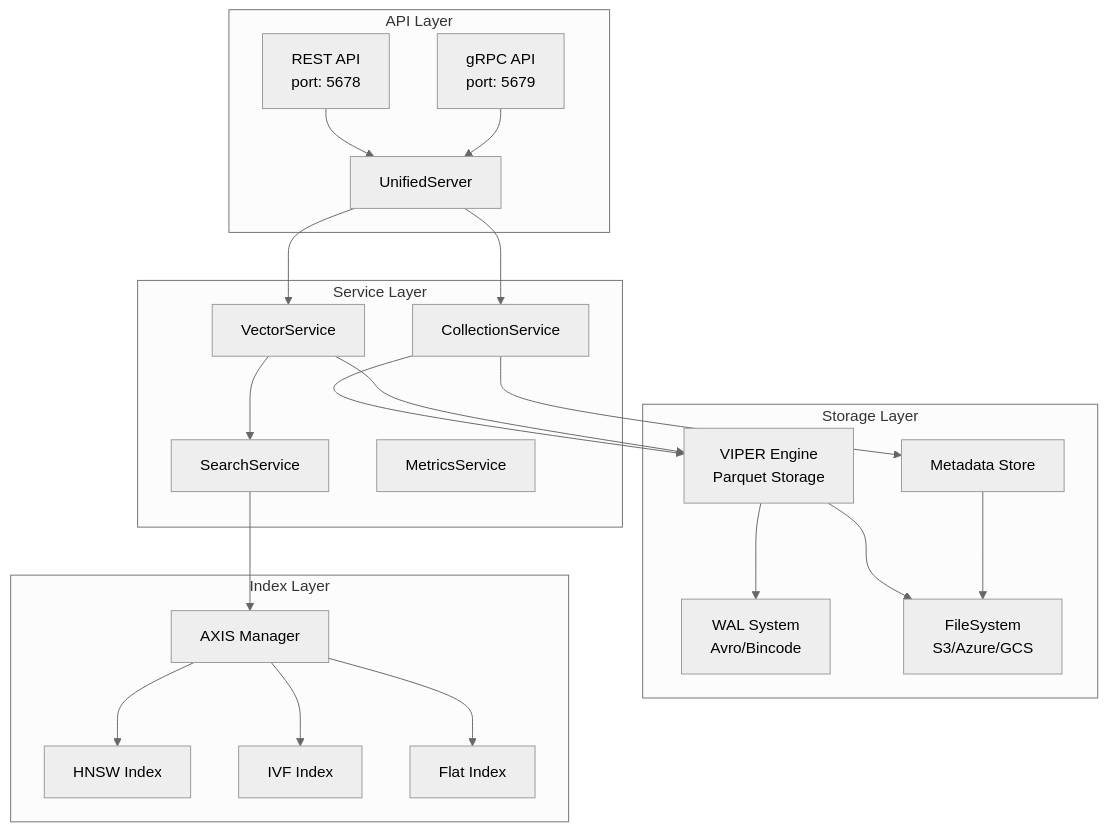
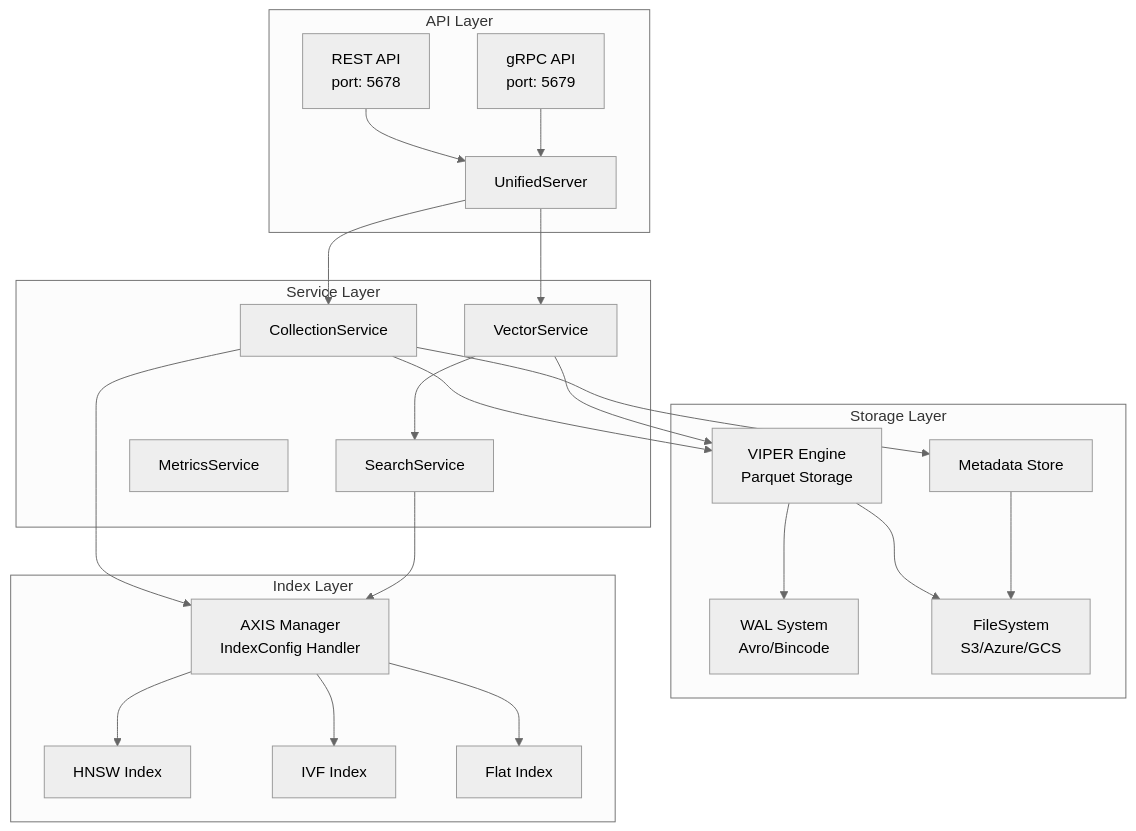
Before and after one commit to vjsingh1984/proximaDB: the first of 7 diagrams in misc/docs/proximadb_architecture_uml.md, drawn with Mermaid (neutral theme). The commit also changed other lines of this file and 63 other files, not shown here.

First line of the commit message:
docs: architectural correction - IndexConfig moved to AXIS

````diff
--- a/misc/docs/proximadb_architecture_uml.md
+++ b/misc/docs/proximadb_architecture_uml.md
@@ -5,45 +5,46 @@
 ```mermaid
 graph TB
     subgraph "API Layer"
         REST[REST API<br/>port: 5678]
         GRPC[gRPC API<br/>port: 5679]
         UNIFIED[UnifiedServer]
     end
     
     subgraph "Service Layer"
         CS[CollectionService]
         VS[VectorService]
         SS[SearchService]
         MS[MetricsService]
     end
     
     subgraph "Storage Layer"
         VIPER[VIPER Engine<br/>Parquet Storage]
         WAL[WAL System<br/>Avro/Bincode]
         META[Metadata Store]
         FS[FileSystem<br/>S3/Azure/GCS]
     end
     
     subgraph "Index Layer"
-        AXIS[AXIS Manager]
+        AXIS[AXIS Manager<br/>IndexConfig Handler]
         HNSW[HNSW Index]
         IVF[IVF Index]
         FLAT[Flat Index]
     end
     
     REST --> UNIFIED
     GRPC --> UNIFIED
     UNIFIED --> CS
     UNIFIED --> VS
     CS --> VIPER
     CS --> META
+    CS --> AXIS
     VS --> VIPER
     VS --> SS
     SS --> AXIS
     AXIS --> HNSW
     AXIS --> IVF
     AXIS --> FLAT
     VIPER --> WAL
     VIPER --> FS
     META --> FS
 ```
````
